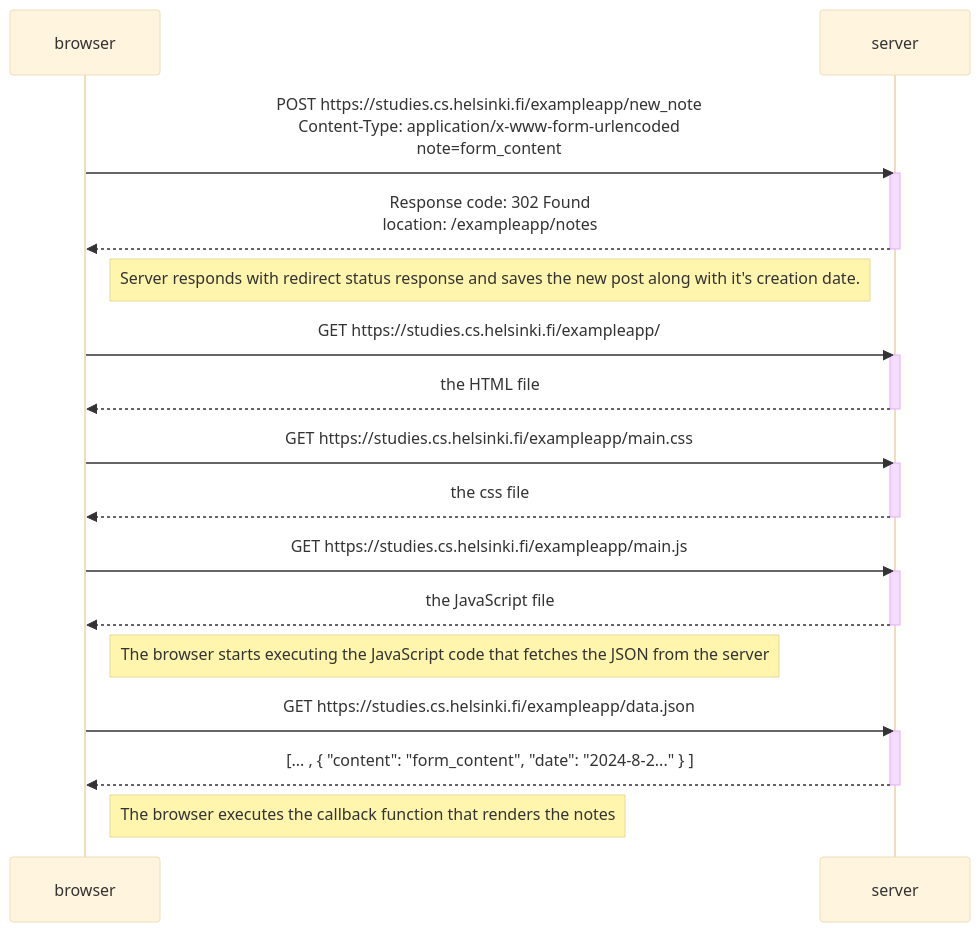
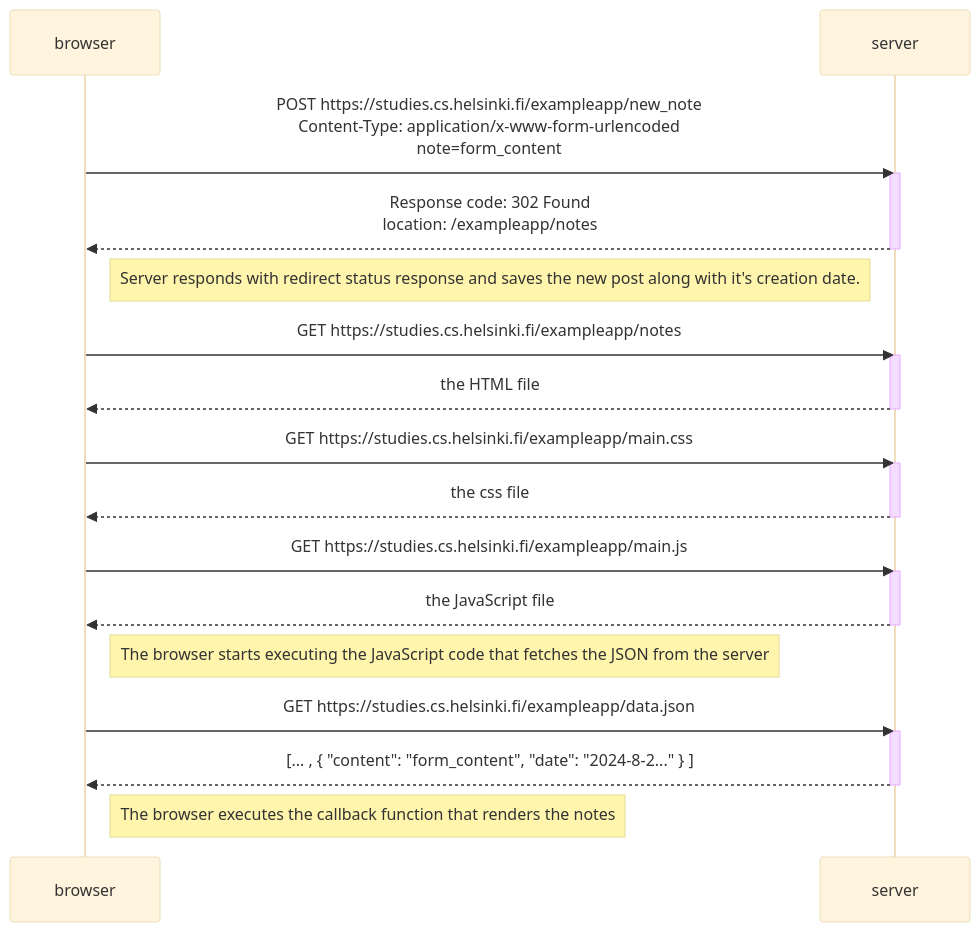
The diagram in core/ch0/0.4.md (visuma/FStackOpen), drawn with Mermaid (base theme) before and after one commit.

Commit message:
0.4 correction

````diff
--- a/core/ch0/0.4.md
+++ b/core/ch0/0.4.md
@@ -1,36 +1,36 @@
 ```mermaid
 sequenceDiagram
     participant browser
     participant server
 
 
     browser->>server: POST https://studies.cs.helsinki.fi/exampleapp/new_note <br> Content-Type: application/x-www-form-urlencoded <br>note=form_content
     activate server
     server-->>browser: Response code: 302 Found<br>location: /exampleapp/notes
     deactivate server
     Note left of server: Server responds with redirect status response and saves the new post along with it's creation date.
 
-    browser->>server: GET https://studies.cs.helsinki.fi/exampleapp/
+    browser->>server: GET https://studies.cs.helsinki.fi/exampleapp/notes
     activate server
     server-->>browser: the HTML file
     deactivate server
 
     browser->>server: GET https://studies.cs.helsinki.fi/exampleapp/main.css
     activate server
     server-->>browser: the css file
     deactivate server
 
     browser->>server: GET https://studies.cs.helsinki.fi/exampleapp/main.js
     activate server
     server-->>browser: the JavaScript file
     deactivate server
 
     Note right of browser: The browser starts executing the JavaScript code that fetches the JSON from the server
 
     browser->>server: GET https://studies.cs.helsinki.fi/exampleapp/data.json
     activate server
     server-->>browser: [... , { "content": "form_content", "date": "2024-8-2..." } ]
     deactivate server
 
     Note right of browser: The browser executes the callback function that renders the notes
 ```
````
